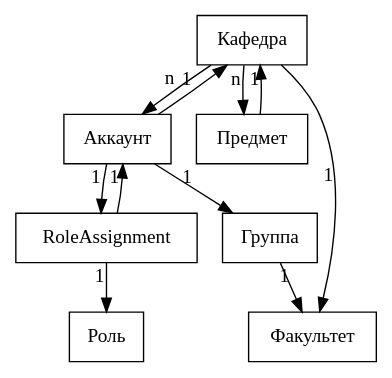
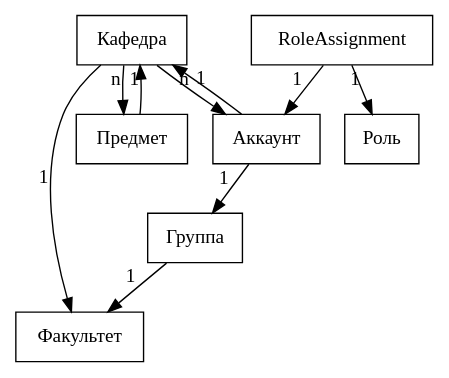
The diagram in graph.dot (NetCrackerO2/ScheduleProject), drawn with Graphviz before and after one commit. The commit also changed 1 other file, not shown here.

Commit message:
Graph update

```diff
--- a/graph.dot
+++ b/graph.dot
@@ -1,15 +1,15 @@
 digraph G {
 	node [shape="box"];
 	{
 		edge[xlabel="n",];
 		Кафедра->{Аккаунт,Предмет};
 	}
 	{
 		edge[xlabel="1"];
 		Кафедра->Факультет;
 		Группа->Факультет;
-		Аккаунт->{Кафедра,Группа,RoleAssignment};
+		Аккаунт->{Кафедра,Группа};
 		RoleAssignment->{Аккаунт,Роль};
 		Предмет->Кафедра;
 	}
 }
```
